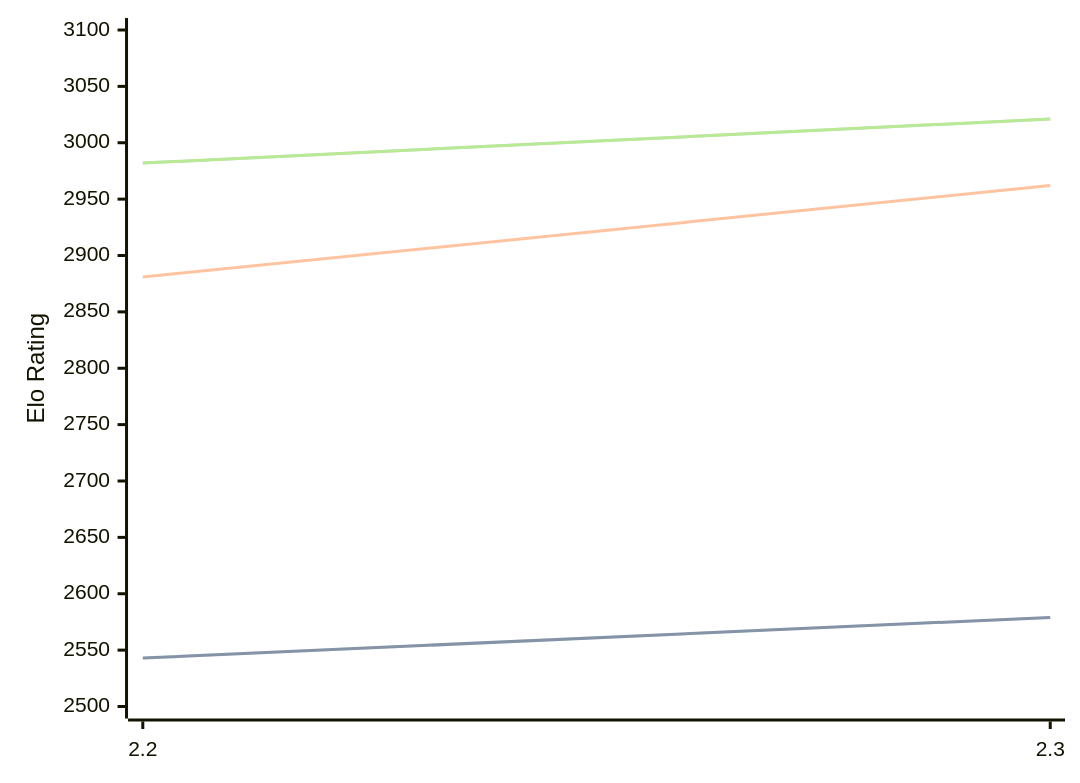
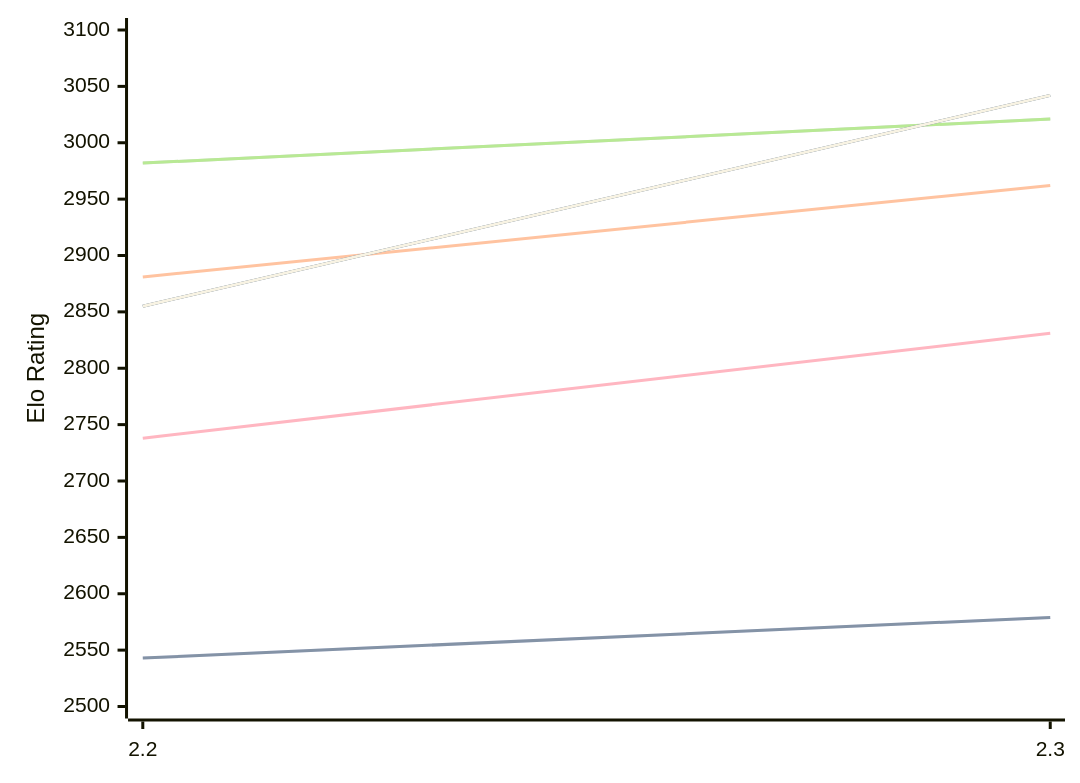
The diagram in engines/Sloth.md (computer-chess-index/cci), drawn with Mermaid before and after one commit. The commit also changed other lines of this file, not shown here.

Commit message:
Update CCI Ratings (ELO VLTC) - 2026-10-11

````diff
--- a/engines/Sloth.md
+++ b/engines/Sloth.md
@@ -48,11 +49,16 @@
 ```mermaid
 %%{init: {"theme":"base","themeVariables":{"seriesColors:['#a3a3a3','#222221','#faa371']}}}%%
 xychart-beta
   x-axis ["2.2", "2.3"]
   y-axis "Elo Rating" 2500 --> 3100
   line "" [2543, 2579]
-  line "STC (8.0+0.08s)" [2543, 2579]
-  line "LTC (60.0+0.60s)" [2881, 2962]
+  line "T1: STC (8.0+0.08s)" [2543, 2579]
+  line "T1: LTC (60.0+0.60s)" [2881, 2962]
   line "" [2982, 3021]
-  line "VLTC (2m24s+1.12s)" [2982, 3021]
+  line "T1: VLTC (2m24s+1.12s)" [2982, 3021]
+  line "" [2309, 2404]
+  line "E1: STC (8.0+0.08s)" [2309, 2404]
+  line "E1: LTC (60.0+0.60s)" [2738, 2831]
+  line "" [2855, 3042]
+  line "E1: VLTC (2m24s+1.12s)" [2855, 3042]
 ```
````
